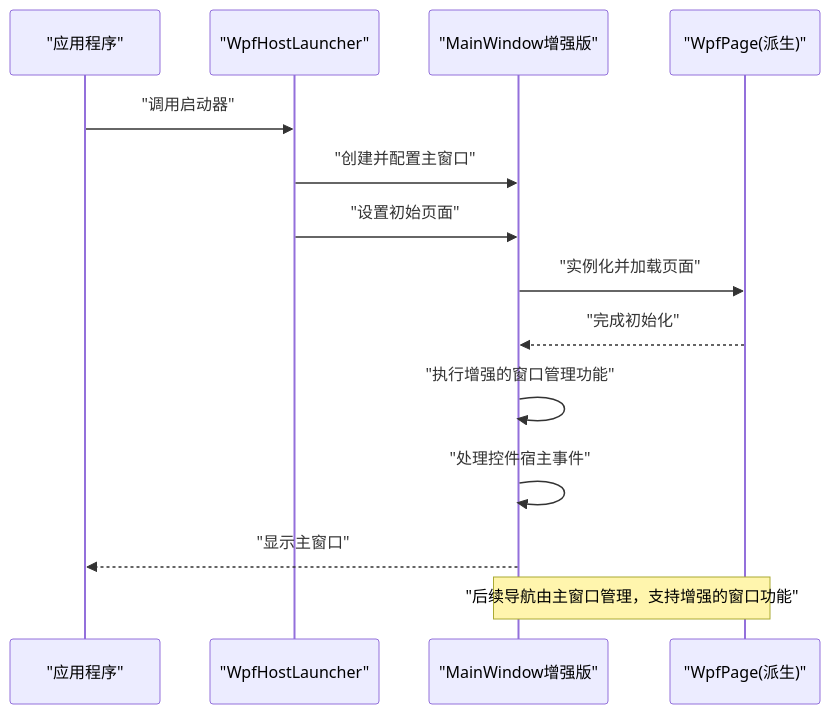
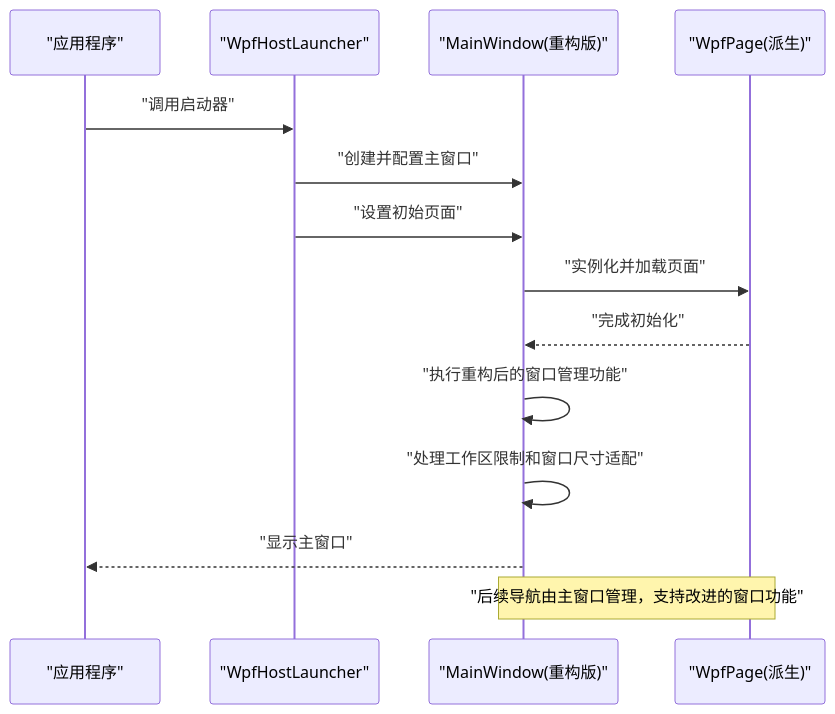
The second of 3 diagrams in .qoder/repowiki/zh/content/WPF宿主层.md (fuweiq94-cloud/3399180760), drawn with Mermaid before and after one commit. The commit also changed other lines of this file and 66 other files, not shown here.

````diff
--- a/.qoder/repowiki/zh/content/WPF宿主层.md
+++ b/.qoder/repowiki/zh/content/WPF宿主层.md
@@ -89,16 +90,16 @@
 ```mermaid
 sequenceDiagram
 participant App as "应用程序"
 participant Launcher as "WpfHostLauncher"
-participant Window as "MainWindow增强版"
+participant Window as "MainWindow(重构版)"
 participant Page as "WpfPage(派生)"
 App->>Launcher : "调用启动器"
 Launcher->>Window : "创建并配置主窗口"
 Launcher->>Window : "设置初始页面"
 Window->>Page : "实例化并加载页面"
 Page-->>Window : "完成初始化"
-Window->>Window : "执行增强的窗口管理功能"
-Window->>Window : "处理控件宿主事件"
+Window->>Window : "执行重构后的窗口管理功能"
+Window->>Window : "处理工作区限制和窗口尺寸适配"
 Window-->>App : "显示主窗口"
-Note over Window,Page : "后续导航由主窗口管理，支持增强的窗口功能"
+Note over Window,Page : "后续导航由主窗口管理，支持改进的窗口功能"
 ```
````
